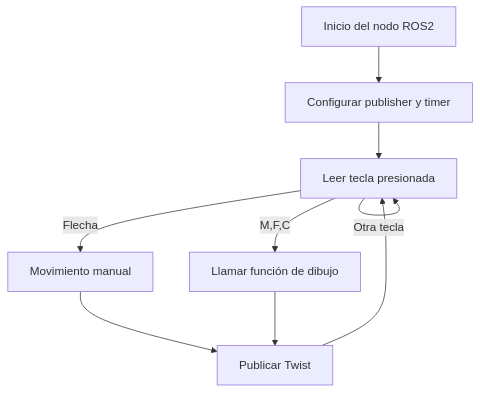
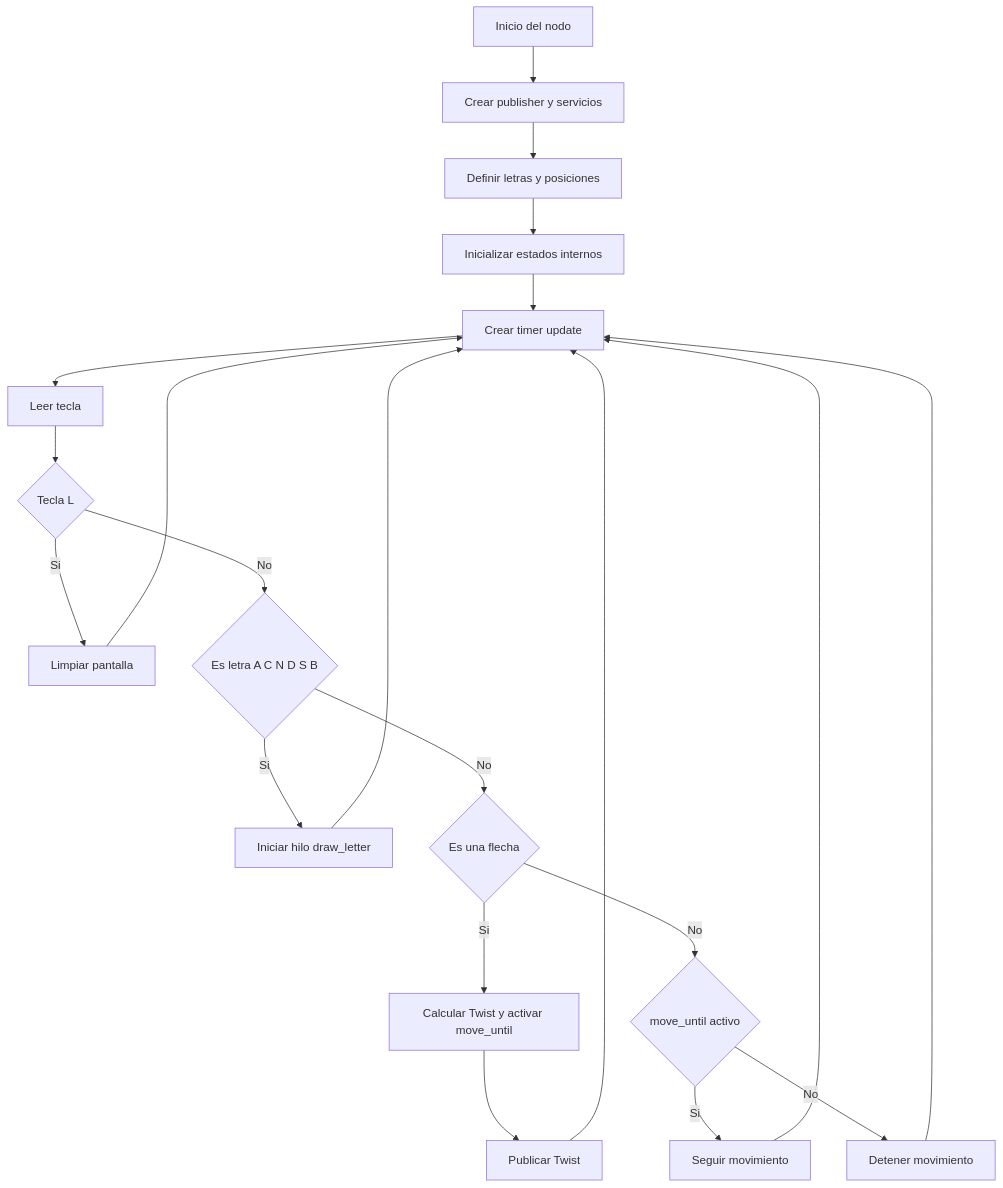
One commit to DavidN110/ROB_Lab04_TurtleController_Ari-David changed the diagram in README.md. Above: the diagram before and after it, drawn with Mermaid. The commit also changed other lines of this file, not shown here.

````diff
--- a/README.md
+++ b/README.md
@@ -91,11 +90,28 @@
 ```mermaid
 flowchart TD
-    A[Inicio del nodo ROS2] --> B[Configurar publisher y timer]
-    B --> C[Leer tecla presionada]
-    C -->|Flecha| D[Movimiento manual]
-    C -->|M,F,C| E[Llamar función de dibujo]
-    C -->|Otra tecla| C
-    D --> F[Publicar Twist]
-    E --> F
-    F --> C
+
+A[Inicio del nodo] --> B[Crear publisher y servicios]
+B --> C[Definir letras y posiciones]
+C --> D[Inicializar estados internos]
+D --> E[Crear timer update]
+E --> F[Leer tecla]
+
+F --> G{Tecla L}
+G -- Si --> H[Limpiar pantalla]
+H --> E
+G -- No --> I{Es letra A C N D S B}
+I -- Si --> J[Iniciar hilo draw_letter]
+J --> E
+
+I -- No --> K{Es una flecha}
+K -- Si --> L[Calcular Twist y activar move_until]
+L --> M[Publicar Twist]
+M --> E
+
+K -- No --> N{move_until activo}
+N -- Si --> O[Seguir movimiento]
+O --> E
+
+N -- No --> P[Detener movimiento]
+P --> E
 ```
````
